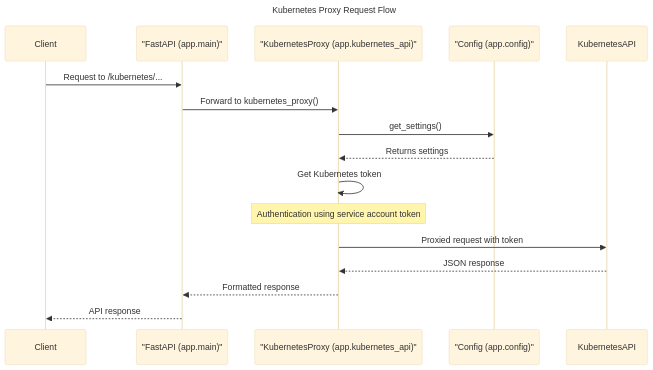
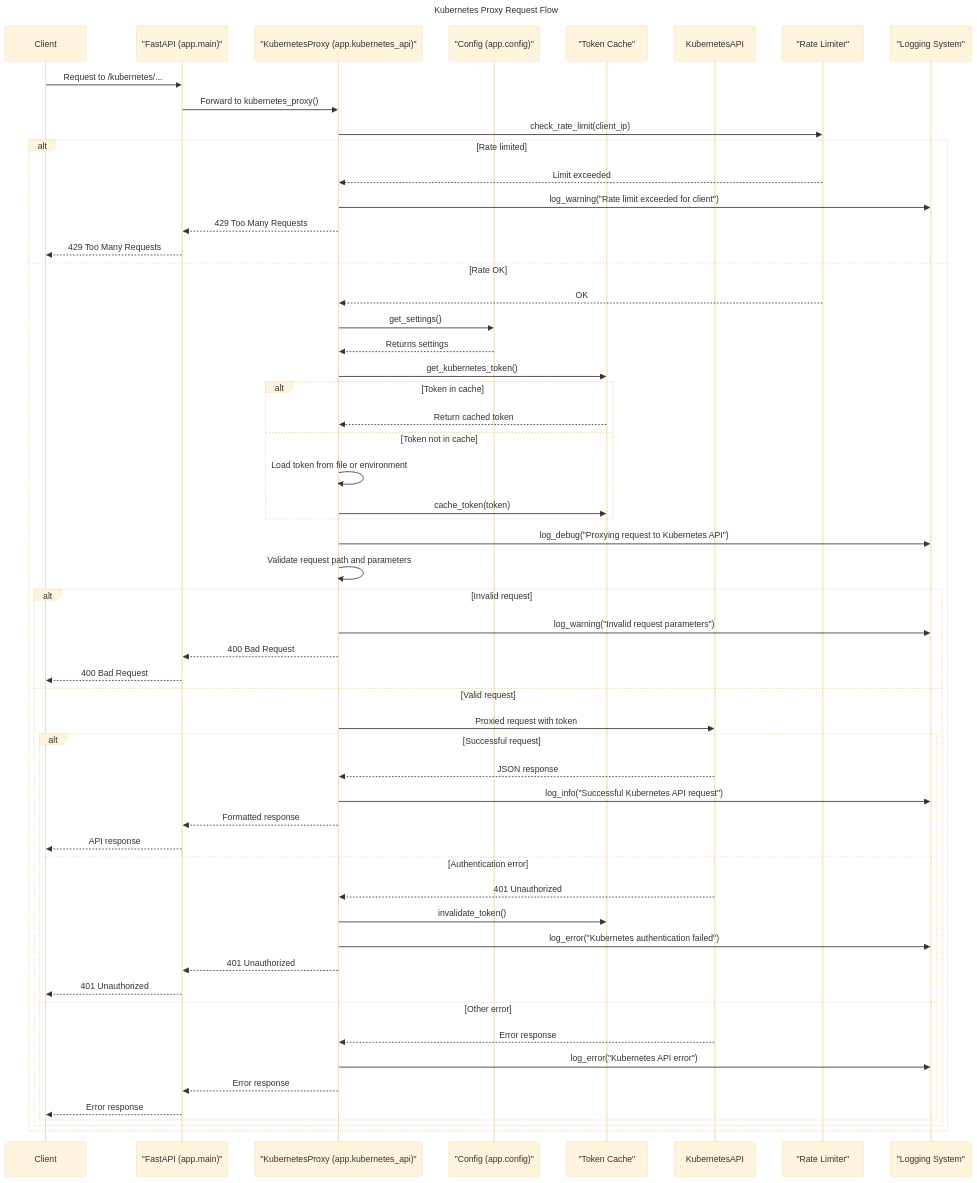
One commit to lloydchang/tvp-k8s changed the eighth of 11 diagrams in README.md. Above: the diagram before and after it, drawn with Mermaid (base theme). The commit also changed other lines of this file and 4 other files, not shown here.

````diff
--- a/README.md
+++ b/README.md
@@ -648,21 +722,65 @@
 ```mermaid
 sequenceDiagram
     title: Kubernetes Proxy Request Flow
     participant Client
     participant FastAPI as "FastAPI (app.main)"
     participant KubernetesProxy as "KubernetesProxy (app.kubernetes_api)"
     participant Config as "Config (app.config)"
+    participant Cache as "Token Cache"
     participant KubernetesAPI
+    participant RateLimiter as "Rate Limiter"
+    participant Logger as "Logging System"
     
     Client->>FastAPI: Request to /kubernetes/...
     FastAPI->>KubernetesProxy: Forward to kubernetes_proxy()
-    KubernetesProxy->>Config: get_settings()
-    Config-->>KubernetesProxy: Returns settings
+    KubernetesProxy->>RateLimiter: check_rate_limit(client_ip)
     
-    KubernetesProxy->>KubernetesProxy: Get Kubernetes token
-    Note over KubernetesProxy: Authentication using service account token
-    KubernetesProxy->>KubernetesAPI: Proxied request with token
-    KubernetesAPI-->>KubernetesProxy: JSON response
-    KubernetesProxy-->>FastAPI: Formatted response
-    FastAPI-->>Client: API response
+    alt Rate limited
+        RateLimiter-->>KubernetesProxy: Limit exceeded
+        KubernetesProxy->>Logger: log_warning("Rate limit exceeded for client")
+        KubernetesProxy-->>FastAPI: 429 Too Many Requests
+        FastAPI-->>Client: 429 Too Many Requests
+    else Rate OK
+        RateLimiter-->>KubernetesProxy: OK
+        
+        KubernetesProxy->>Config: get_settings()
+        Config-->>KubernetesProxy: Returns settings
+        
+        KubernetesProxy->>Cache: get_kubernetes_token()
+        alt Token in cache
+            Cache-->>KubernetesProxy: Return cached token
+        else Token not in cache
+            KubernetesProxy->>KubernetesProxy: Load token from file or environment
+            KubernetesProxy->>Cache: cache_token(token)
+        end
+        
+        KubernetesProxy->>Logger: log_debug("Proxying request to Kubernetes API")
+        KubernetesProxy->>KubernetesProxy: Validate request path and parameters
+        
+        alt Invalid request
+            KubernetesProxy->>Logger: log_warning("Invalid request parameters")
+            KubernetesProxy-->>FastAPI: 400 Bad Request
+            FastAPI-->>Client: 400 Bad Request
+        else Valid request
+            KubernetesProxy->>KubernetesAPI: Proxied request with token
+            
+            alt Successful request
+                KubernetesAPI-->>KubernetesProxy: JSON response
+                KubernetesProxy->>Logger: log_info("Successful Kubernetes API request")
+                KubernetesProxy-->>FastAPI: Formatted response
+                FastAPI-->>Client: API response
+            else Authentication error
+                KubernetesAPI-->>KubernetesProxy: 401 Unauthorized
+                KubernetesProxy->>Cache: invalidate_token()
+                KubernetesProxy->>Logger: log_error("Kubernetes authentication failed")
+                KubernetesProxy-->>FastAPI: 401 Unauthorized
+                FastAPI-->>Client: 401 Unauthorized
+            else Other error
+                KubernetesAPI-->>KubernetesProxy: Error response
+                KubernetesProxy->>Logger: log_error("Kubernetes API error")
+                KubernetesProxy-->>FastAPI: Error response
+                FastAPI-->>Client: Error response
+            end
+        end
+    end
 ```
````
